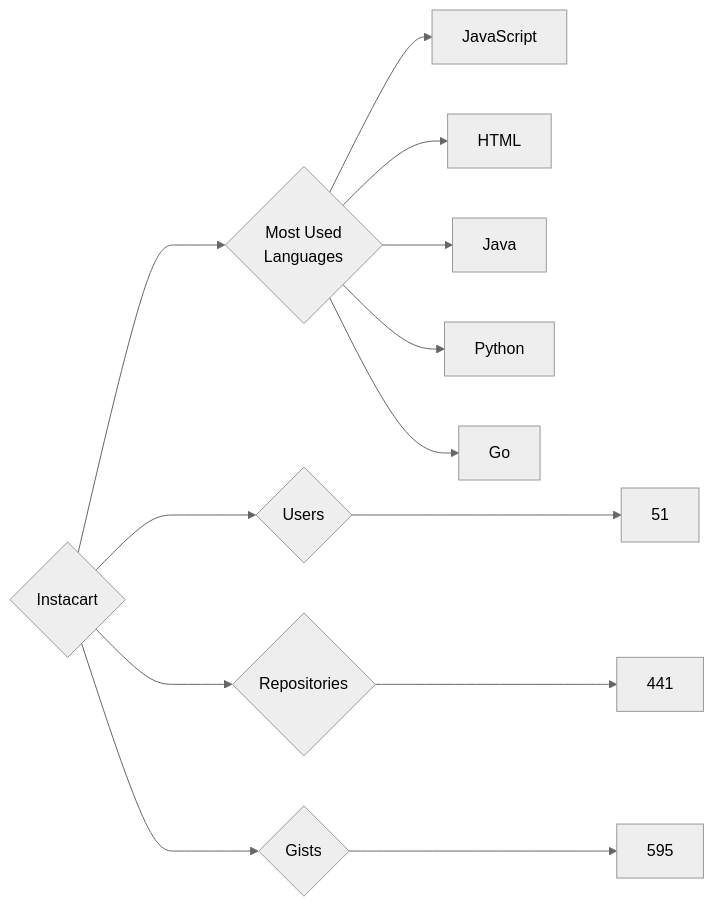
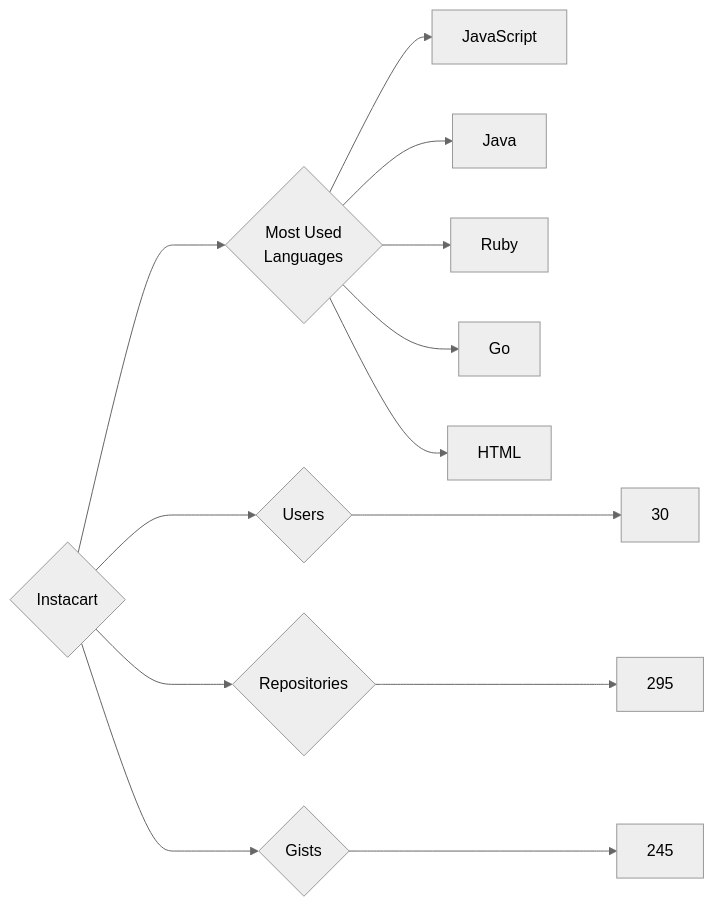
Before and after one commit to trickest/insiders: the diagram in targets/Instacart/README.md, drawn with Mermaid (neutral theme). The commit also changed 924 other files, not shown here.

````diff
--- a/targets/Instacart/README.md
+++ b/targets/Instacart/README.md
@@ -3,13 +3,13 @@
 ```mermaid
 graph LR
 COMPANY_NAME{Instacart}
-COMPANY_NAME ---> U{Users} ---> UN[51]
-COMPANY_NAME ---> R{Repositories} ---> RN[441]
-COMPANY_NAME ---> G{Gists} ---> GN[595]
+COMPANY_NAME ---> U{Users} ---> UN[30]
+COMPANY_NAME ---> R{Repositories} ---> RN[295]
+COMPANY_NAME ---> G{Gists} ---> GN[245]
 COMPANY_NAME ---> ML{Most Used<br>Languages}
 ML --> JavaScript[JavaScript]
+ML --> Java[Java]
+ML --> Ruby[Ruby]
+ML --> Go[Go]
 ML --> HTML[HTML]
-ML --> Java[Java]
-ML --> Python[Python]
-ML --> Go[Go]
 ```
````
